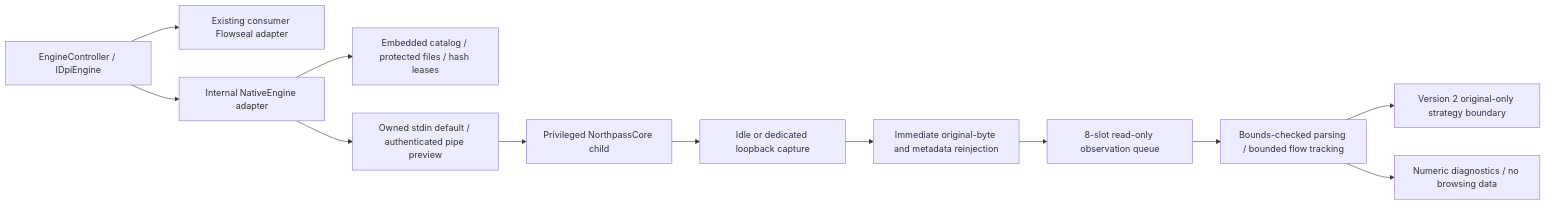
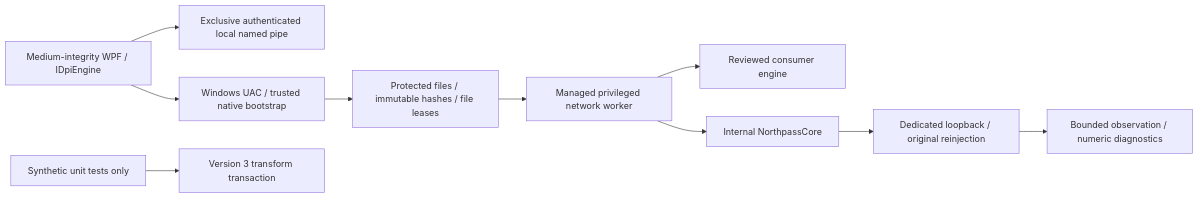
One commit to hsoltanov2007-code/zapret changed the diagram in docs/NATIVE_ENGINE.md. Above: the diagram before and after it, drawn with Mermaid. The commit also changed other lines of this file and 7 other files, not shown here.

Commit message:
Use limited Windows process observation across elevation boundary; document v0.3 security

````diff
--- a/docs/NATIVE_ENGINE.md
+++ b/docs/NATIVE_ENGINE.md
@@ -7,14 +19,12 @@
 ```mermaid
 flowchart LR
-  App[EngineController / IDpiEngine] --> Flowseal[Existing consumer Flowseal adapter]
-  App --> Native[Internal NativeEngine adapter]
-  Native --> Trust[Embedded catalog / protected files / hash leases]
-  Native --> Control[Owned stdin default / authenticated pipe preview]
-  Control --> Worker[Privileged NorthpassCore child]
-  Worker --> Capture[Idle or dedicated loopback capture]
-  Capture --> Original[Immediate original-byte and metadata reinjection]
-  Original --> Queue[8-slot read-only observation queue]
-  Queue --> Parse[Bounds-checked parsing / bounded flow tracking]
-  Parse --> Strategy[Version 2 original-only strategy boundary]
-  Parse --> Metrics[Numeric diagnostics / no browsing data]
+  UI[Medium-integrity WPF / IDpiEngine] --> Pipe[Exclusive authenticated local named pipe]
+  UI --> UAC[Windows UAC / trusted native bootstrap]
+  UAC --> Trust[Protected files / immutable hashes / file leases]
+  Trust --> Worker[Managed privileged network worker]
+  Worker --> Flowseal[Reviewed consumer engine]
+  Worker --> Native[Internal NorthpassCore]
+  Native --> Original[Dedicated loopback / original reinjection]
+  Original --> Observe[Bounded observation / numeric diagnostics]
+  Test[Synthetic unit tests only] --> Transaction[Version 3 transform transaction]
 ```
````
